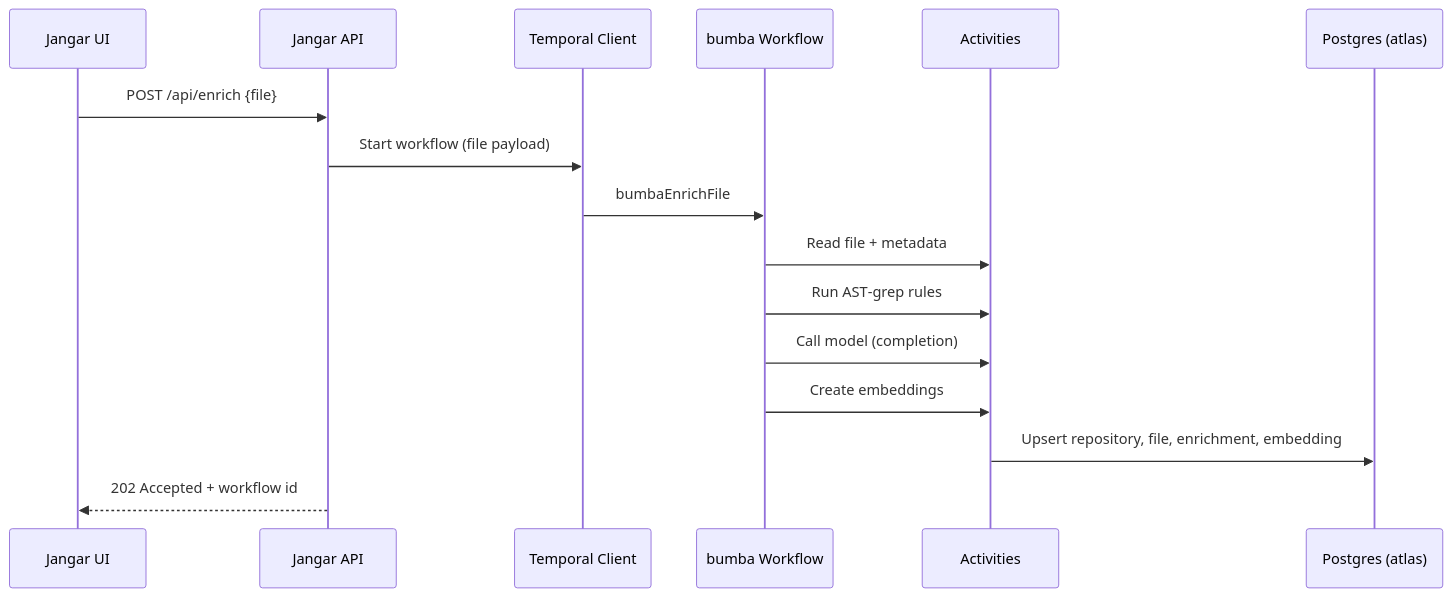
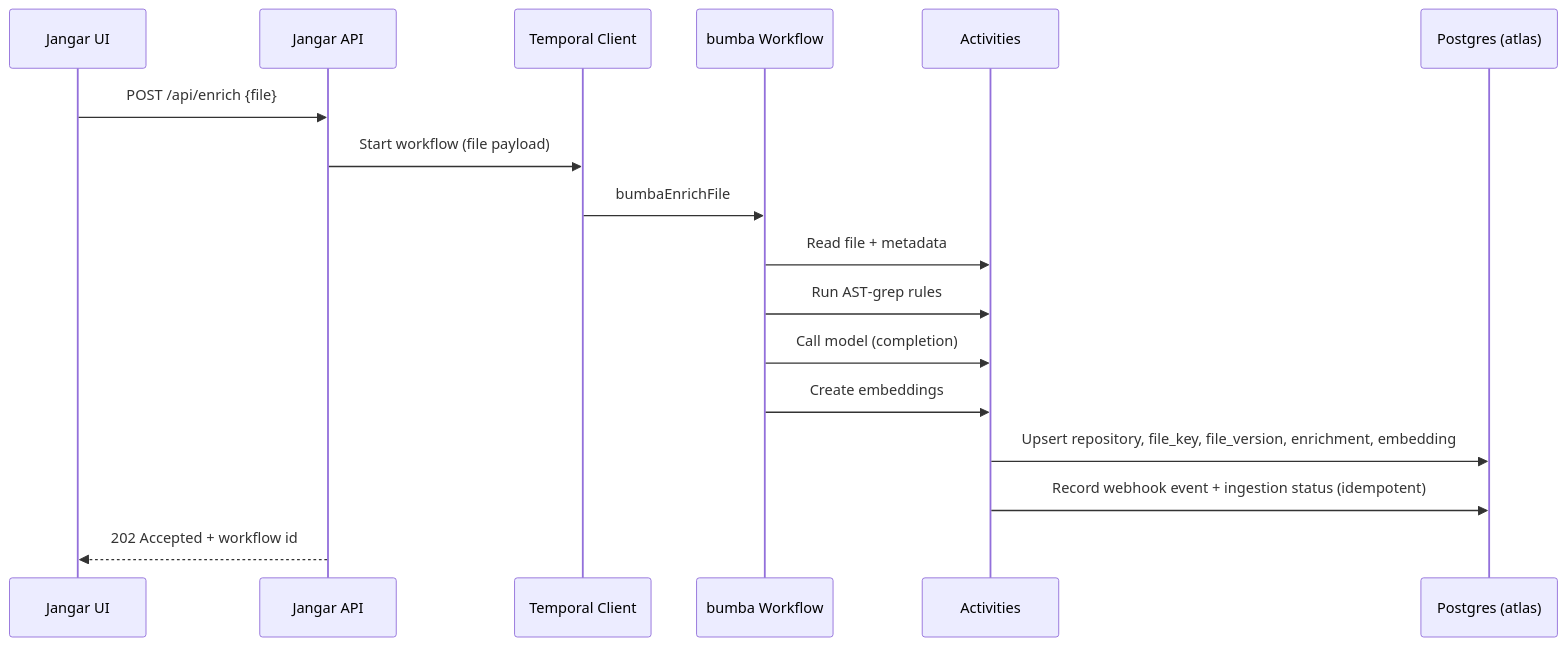
Before and after one commit to proompteng/lab: the third of 3 diagrams in docs/atlas-indexing.md, drawn with Mermaid. The commit also changed other lines of this file, not shown here.

Commit message:
docs: clarify atlas idempotent ingest

````diff
--- a/docs/atlas-indexing.md
+++ b/docs/atlas-indexing.md
@@ -143,19 +156,20 @@
 ```mermaid
 sequenceDiagram
   participant UI as Jangar UI
   participant API as Jangar API
   participant TC as Temporal Client
   participant WF as bumba Workflow
   participant ACT as Activities
   participant DB as Postgres (atlas)
 
   UI->>API: POST /api/enrich {file}
   API->>TC: Start workflow (file payload)
   TC->>WF: bumbaEnrichFile
   WF->>ACT: Read file + metadata
   WF->>ACT: Run AST‑grep rules
   WF->>ACT: Call model (completion)
   WF->>ACT: Create embeddings
-  ACT->>DB: Upsert repository, file, enrichment, embedding
+  ACT->>DB: Upsert repository, file_key, file_version, enrichment, embedding
+  ACT->>DB: Record webhook event + ingestion status (idempotent)
   API-->>UI: 202 Accepted + workflow id
 ```
````
